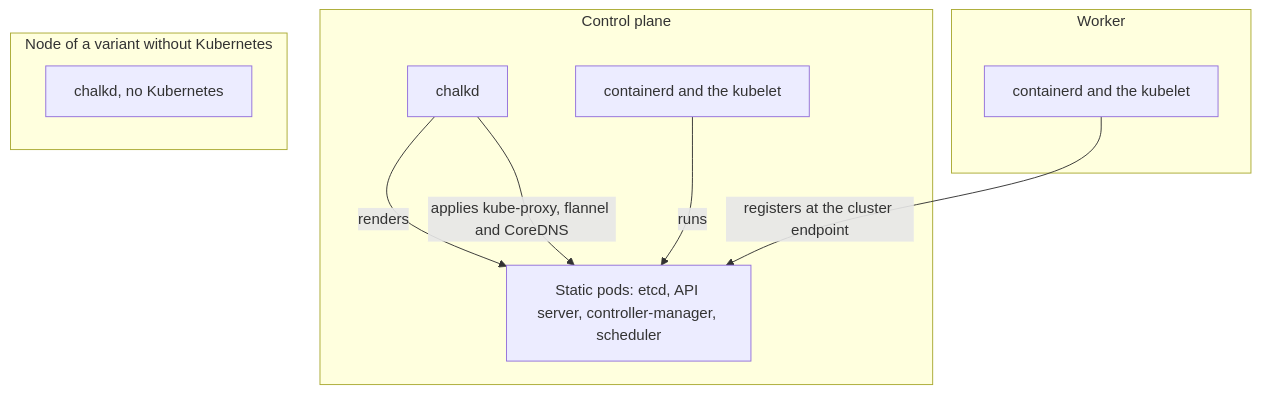
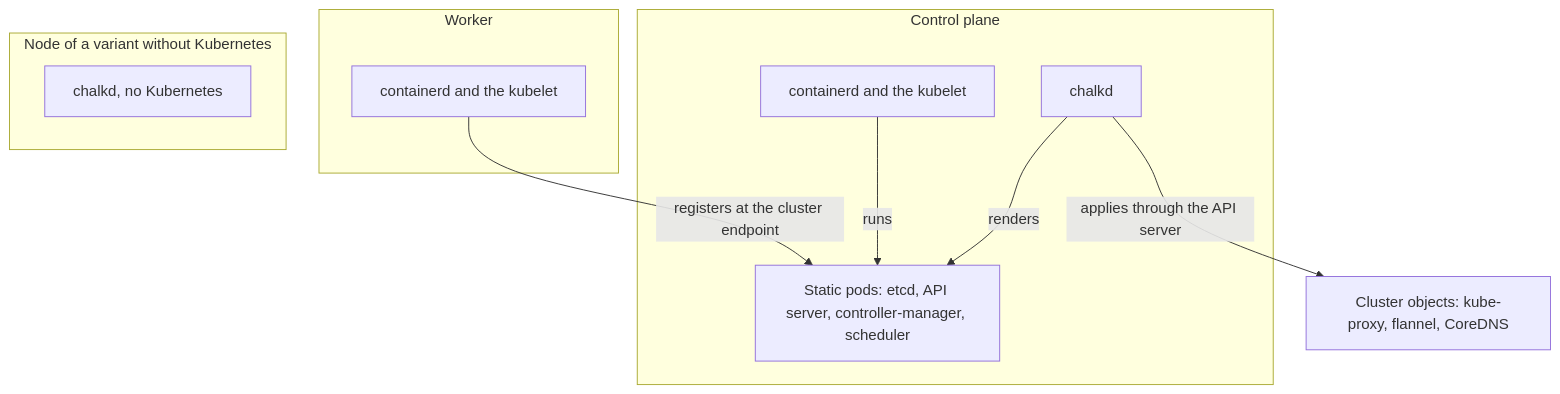
The diagram in docs/how-it-works/kubernetes/overview.md (trevex/chalkos), drawn with Mermaid before and after one commit. The commit also changed other lines of this file and 19 other files, not shown here.

````diff
--- a/docs/how-it-works/kubernetes/overview.md
+++ b/docs/how-it-works/kubernetes/overview.md
@@ -12,18 +12,19 @@
 ```mermaid
 flowchart TB
     subgraph cp["Control plane"]
         cpchalkd["chalkd"]
         cpkubelet["containerd and the kubelet"]
         pods["Static pods: etcd, API server, controller-manager, scheduler"]
         cpchalkd -->|renders| pods
         cpkubelet -->|runs| pods
     end
     subgraph worker["Worker"]
         wkubelet["containerd and the kubelet"]
     end
     subgraph plain["Node of a variant without Kubernetes"]
         pchalkd["chalkd, no Kubernetes"]
     end
     wkubelet -->|registers at the cluster endpoint| pods
-    cpchalkd -->|applies kube-proxy, flannel and CoreDNS| pods
+    addons["Cluster objects: kube-proxy, flannel, CoreDNS"]
+    cpchalkd -->|applies through the API server| addons
 ```
````
